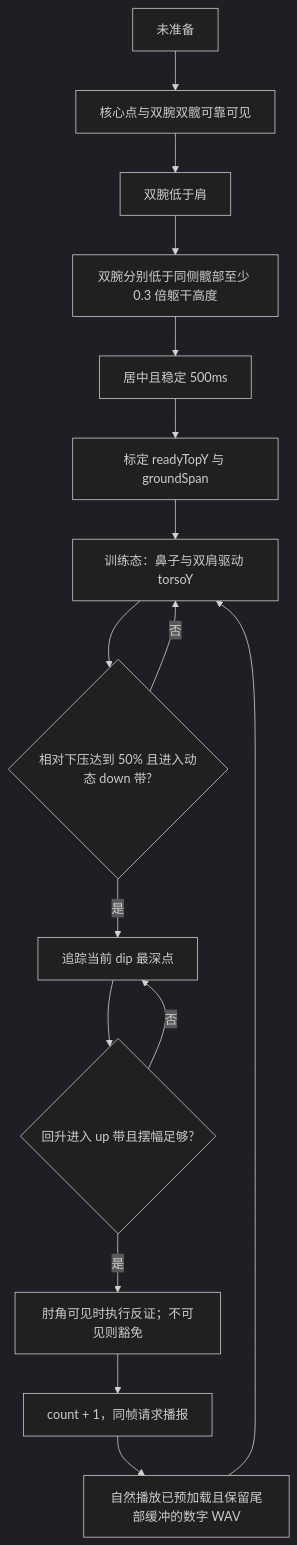
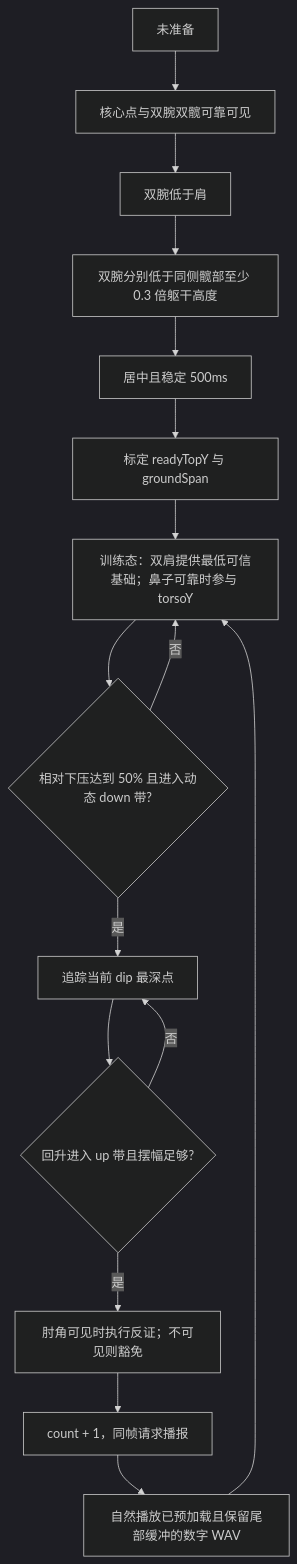
The diagram in docs/pushup-algorithm-remediation-2026-07-14.md (mhgd3250905/ugk-exercise), drawn with Mermaid (dark theme) before and after one commit. The commit also changed other lines of this file and 4 other files, not shown here.

````diff
--- a/docs/pushup-algorithm-remediation-2026-07-14.md
+++ b/docs/pushup-algorithm-remediation-2026-07-14.md
@@ -206,18 +217,18 @@
 ```mermaid
 flowchart TD
     A["未准备"] --> B["核心点与双腕双髋可靠可见"]
     B --> C["双腕低于肩"]
     C --> D["双腕分别低于同侧髋部至少 0.3 倍躯干高度"]
     D --> E["居中且稳定 500ms"]
     E --> F["标定 readyTopY 与 groundSpan"]
-    F --> G["训练态：鼻子与双肩驱动 torsoY"]
+    F --> G["训练态：双肩提供最低可信基础；鼻子可靠时参与 torsoY"]
     G --> H{"相对下压达到 50% 且进入动态 down 带?"}
     H -- "否" --> G
     H -- "是" --> I["追踪当前 dip 最深点"]
     I --> J{"回升进入 up 带且摆幅足够?"}
     J -- "否" --> I
     J -- "是" --> K["肘角可见时执行反证；不可见则豁免"]
     K --> L["count + 1，同帧请求播报"]
     L --> M["自然播放已预加载且保留尾部缓冲的数字 WAV"]
     M --> G
 ```
````
